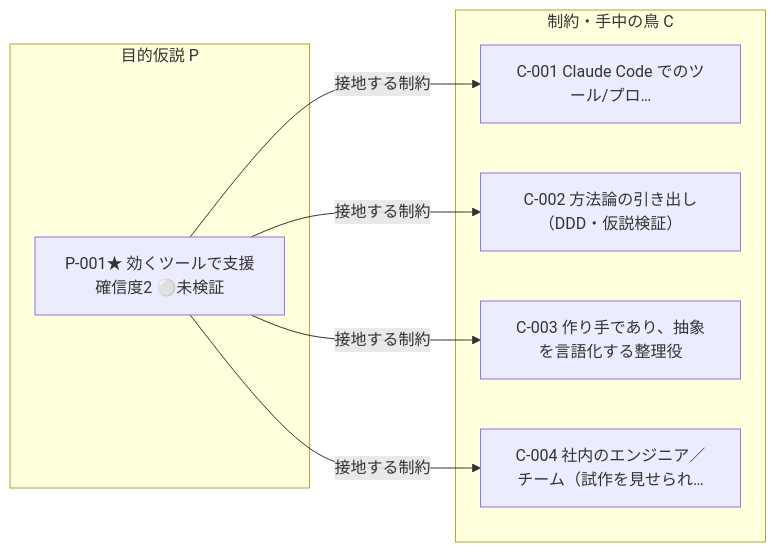
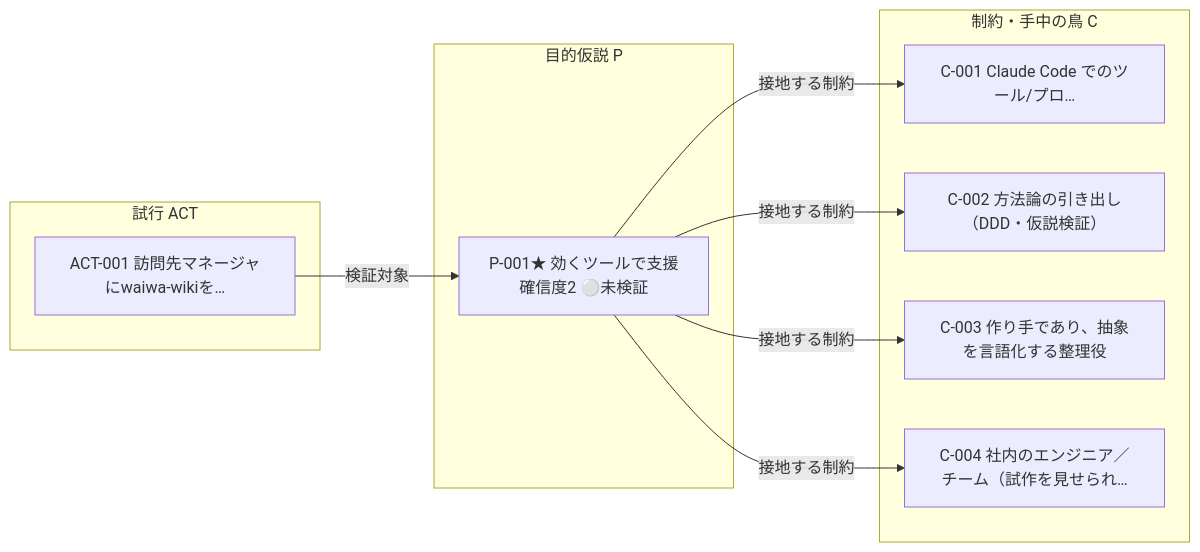
Before and after one commit to haru01/waiwa-wiki: the diagram in projects/self/wiki/views/relations.md, drawn with Mermaid. The commit also changed other lines of this file and 5 other files, not shown here.

First line of the commit message:
self: 最初の試行 SELF-ACT-001 を起票（訪問先マネージャへの打診）

````diff
--- a/projects/self/wiki/views/relations.md
+++ b/projects/self/wiki/views/relations.md
@@ -9,16 +9,20 @@
 ```mermaid
 flowchart LR
     subgraph P["目的仮説 P"]
       SELF_P_001["P-001★ 効くツールで支援<br/>確信度2 ⚪未検証"]
     end
     subgraph C["制約・手中の鳥 C"]
       SELF_C_001["C-001 Claude Code でのツール/プロ…"]
       SELF_C_002["C-002 方法論の引き出し（DDD・仮説検証）"]
       SELF_C_003["C-003 作り手であり、抽象を言語化する整理役"]
       SELF_C_004["C-004 社内のエンジニア／チーム（試作を見せられ…"]
     end
+    subgraph ACT["試行 ACT"]
+      SELF_ACT_001["ACT-001 訪問先マネージャにwaiwa-wikiを…"]
+    end
     SELF_P_001 -->|接地する制約| SELF_C_001
     SELF_P_001 -->|接地する制約| SELF_C_002
     SELF_P_001 -->|接地する制約| SELF_C_003
     SELF_P_001 -->|接地する制約| SELF_C_004
+    SELF_ACT_001 -->|検証対象| SELF_P_001
 ```
````
